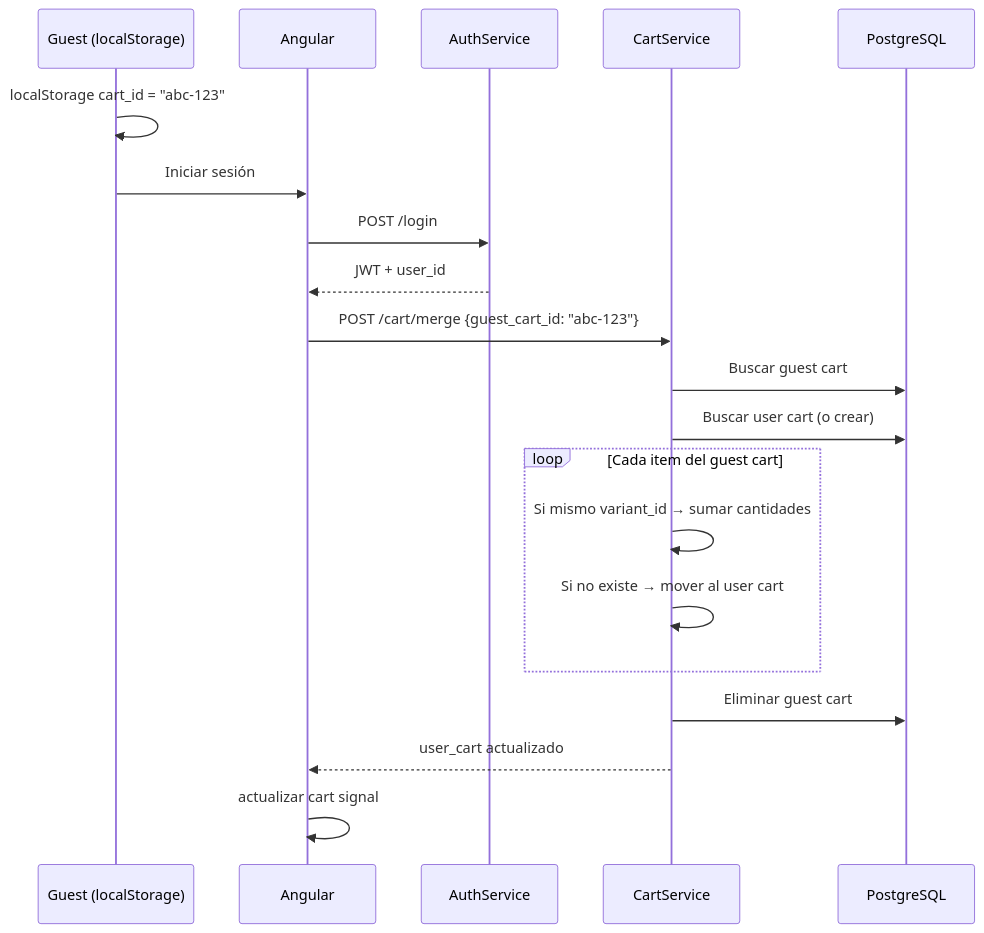
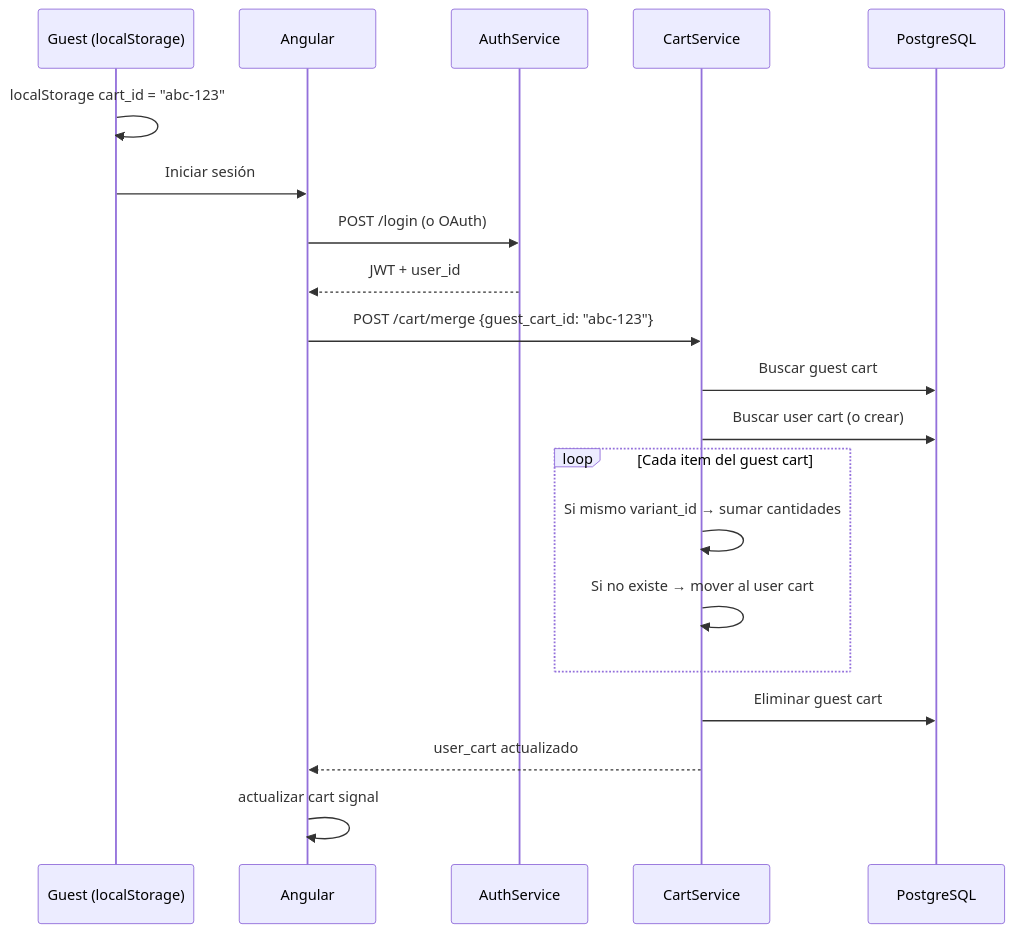
The sixth of 6 diagrams in docs/study-guide/doc.md (AlejandroGML/la-tiendita), drawn with Mermaid before and after one commit. The commit also changed other lines of this file and 10 other files, not shown here.

````diff
--- a/docs/study-guide/doc.md
+++ b/docs/study-guide/doc.md
@@ -263,23 +547,23 @@
 ```mermaid
 sequenceDiagram
     participant G as Guest (localStorage)
     participant F as Angular
     participant A as AuthService
     participant C as CartService
     participant D as PostgreSQL
 
     G->>G: localStorage cart_id = "abc-123"
     G->>F: Iniciar sesión
-    F->>A: POST /login
+    F->>A: POST /login (o OAuth)
     A-->>F: JWT + user_id
     F->>C: POST /cart/merge {guest_cart_id: "abc-123"}
     C->>D: Buscar guest cart
     C->>D: Buscar user cart (o crear)
     loop Cada item del guest cart
         C->>C: Si mismo variant_id → sumar cantidades
         C->>C: Si no existe → mover al user cart
     end
     C->>D: Eliminar guest cart
     C-->>F: user_cart actualizado
     F->>F: actualizar cart signal
 ```
````
